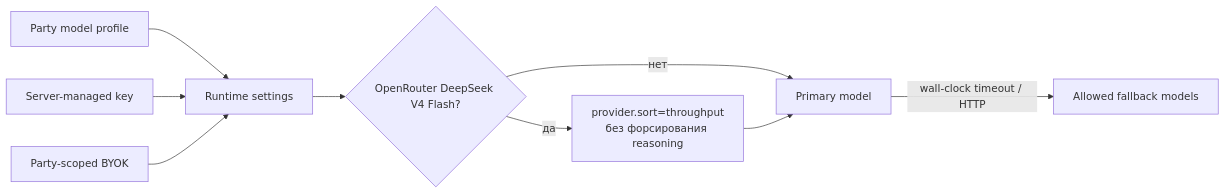
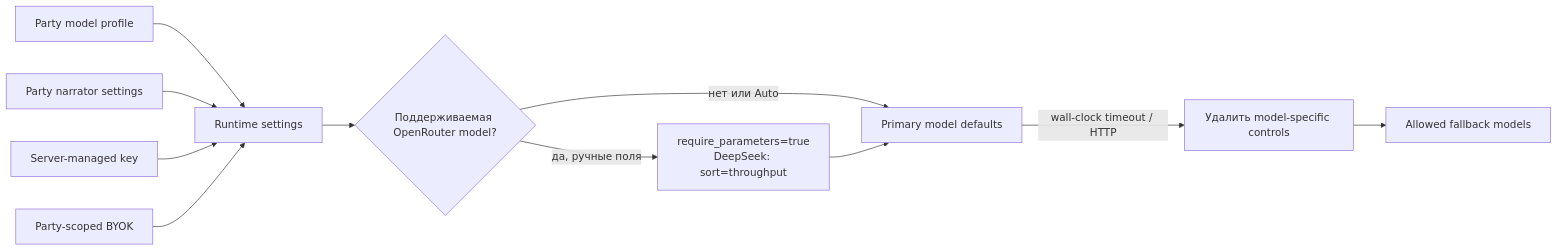
Before and after one commit to abykovwww-byte/ubuntu_ansible_palybooks: the diagram in docs/wiki/06-models-and-providers.md, drawn with Mermaid. The commit also changed other lines of this file and 14 other files, not shown here.

Commit message:
feat(rp-stack): add party narrator controls

````diff
--- a/docs/wiki/06-models-and-providers.md
+++ b/docs/wiki/06-models-and-providers.md
@@ -34,11 +34,13 @@
 ```mermaid
 flowchart LR
     P["Party model profile"] --> R["Runtime settings"]
+    N["Party narrator settings"] --> R
     K1["Server-managed key"] --> R
     K2["Party-scoped BYOK"] --> R
-    R --> D{"OpenRouter DeepSeek V4 Flash?"}
-    D -->|"да"| O["provider.sort=throughput<br/>без форсирования reasoning"]
-    D -->|"нет"| A["Primary model"]
+    R --> D{"Поддерживаемая OpenRouter model?"}
+    D -->|"да, ручные поля"| O["require_parameters=true<br/>DeepSeek: sort=throughput"]
+    D -->|"нет или Auto"| A["Primary model defaults"]
     O --> A
-    A -->|"wall-clock timeout / HTTP"| F["Allowed fallback models"]
+    A -->|"wall-clock timeout / HTTP"| X["Удалить model-specific controls"]
+    X --> F["Allowed fallback models"]
 ```
````
